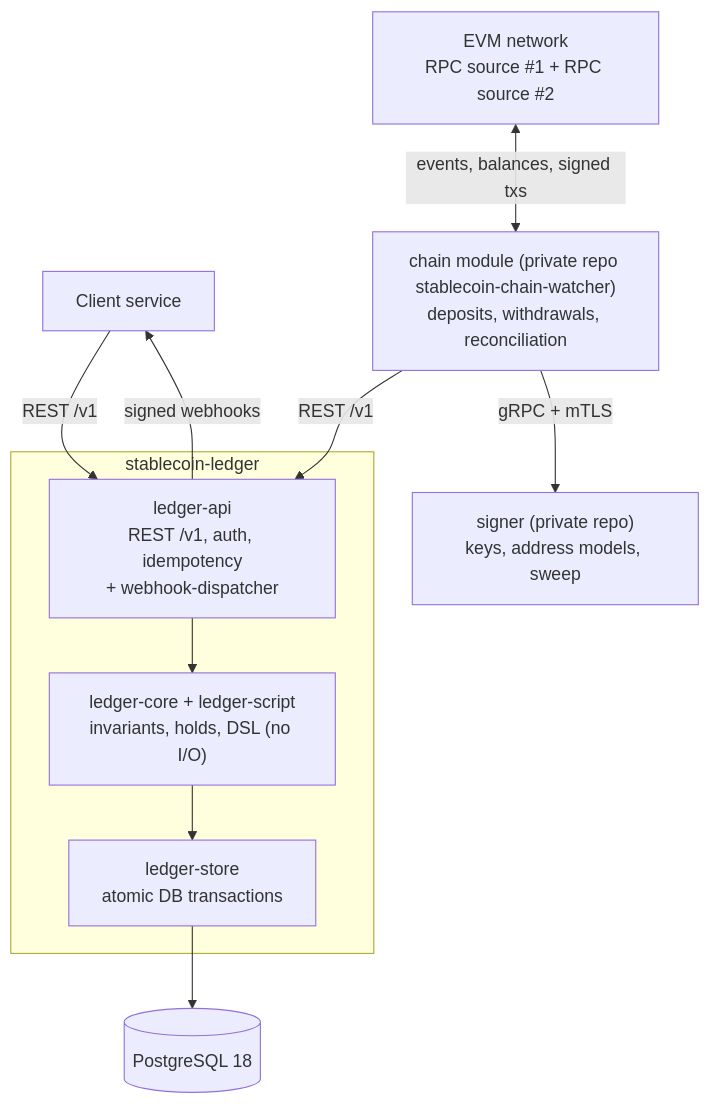
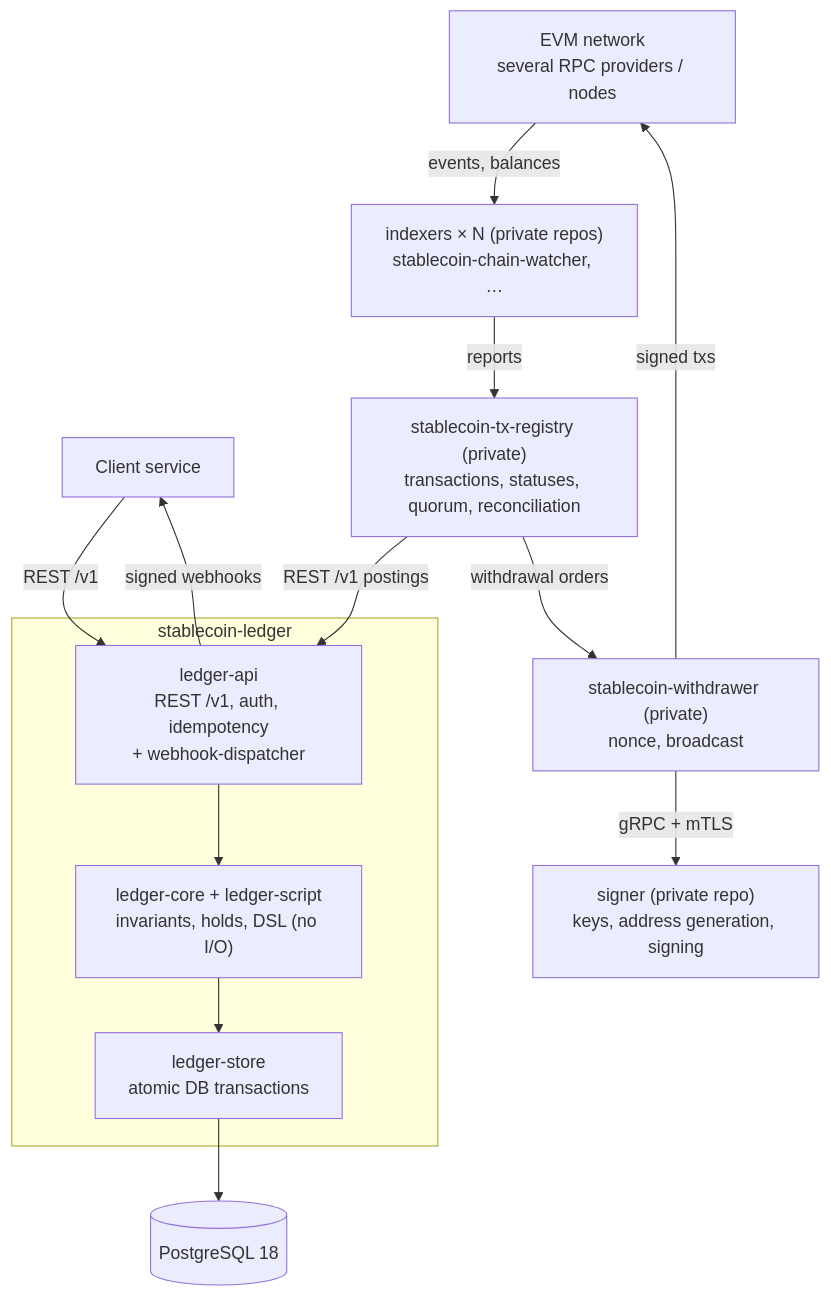
Before and after one commit to Next-Vector/stablecoin-ledger: the first of 5 diagrams in docs/architecture.md, drawn with Mermaid. The commit also changed other lines of this file and 3 other files, not shown here.

Commit message:
docs: describe the tx registry, indexers and withdrawer (#72)

````diff
--- a/docs/architecture.md
+++ b/docs/architecture.md
@@ -7,24 +7,29 @@
 ```mermaid
 flowchart TB
     client[Client service]
-    net["EVM network<br/>RPC source #1 + RPC source #2"]
-    signer["signer (private repo)<br/>keys, address models, sweep"]
-    chain["chain module (private repo stablecoin-chain-watcher)<br/>deposits, withdrawals, reconciliation"]
+    net["EVM network<br/>several RPC providers / nodes"]
+    idx["indexers × N (private repos)<br/>stablecoin-chain-watcher, …"]
+    reg["stablecoin-tx-registry (private)<br/>transactions, statuses, quorum, reconciliation"]
+    wd["stablecoin-withdrawer (private)<br/>nonce, broadcast"]
+    signer["signer (private repo)<br/>keys, address generation, signing"]
 
     subgraph ledger [stablecoin-ledger]
         api["ledger-api<br/>REST /v1, auth, idempotency<br/>+ webhook-dispatcher"]
         core["ledger-core + ledger-script<br/>invariants, holds, DSL (no I/O)"]
         store["ledger-store<br/>atomic DB transactions"]
     end
 
     pg[(PostgreSQL 18)]
 
     client -- "REST /v1" --> api
     api -- "signed webhooks" --> client
-    chain -- "REST /v1" --> api
-    net <-- "events, balances, signed txs" --> chain
-    chain -- "gRPC + mTLS" --> signer
+    net -- "events, balances" --> idx
+    idx -- "reports" --> reg
+    reg -- "REST /v1 postings" --> api
+    reg -- "withdrawal orders" --> wd
+    wd -- "gRPC + mTLS" --> signer
+    wd -- "signed txs" --> net
 
     api --> core
     core --> store --> pg
 ```
````
